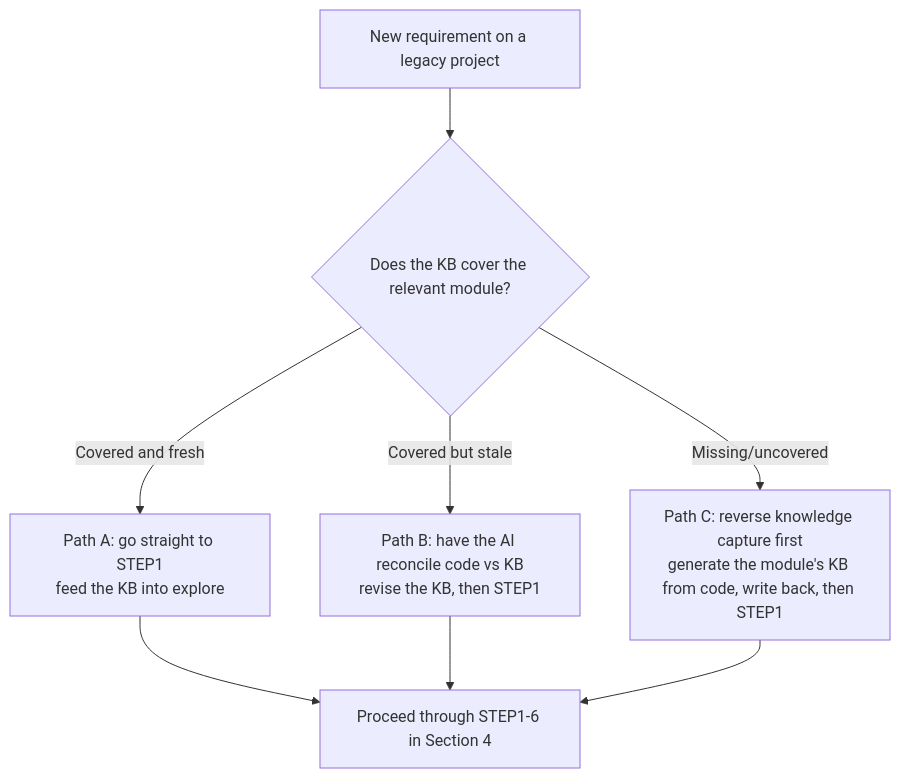
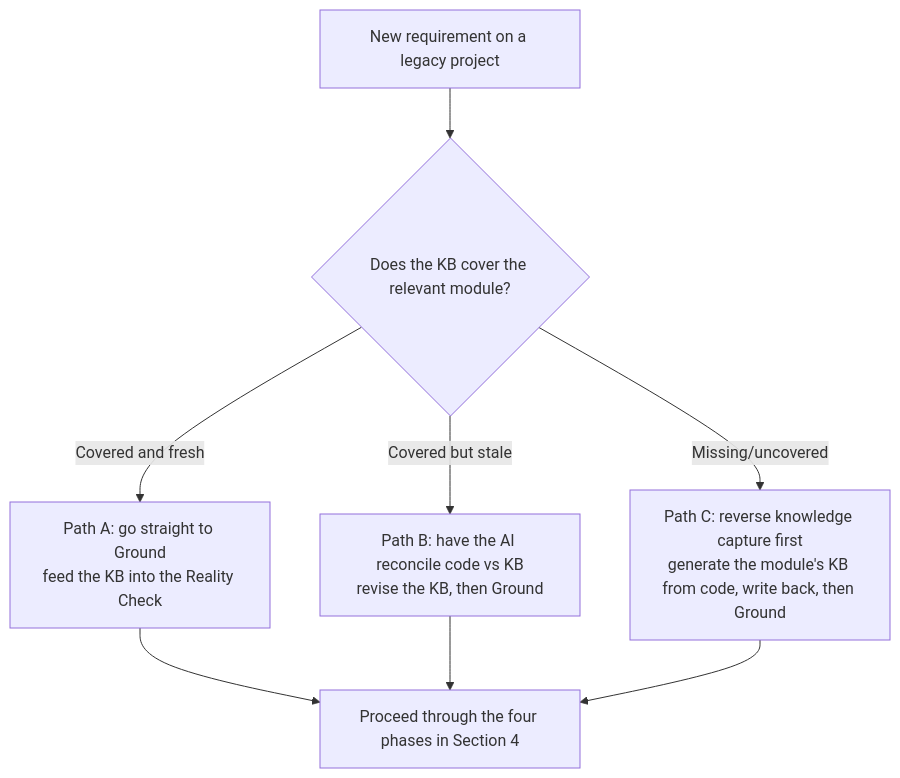
The diagram in docs/legacy.md (Apriorhythm/apriori-spec-development), drawn with Mermaid before and after one commit. The commit also changed other lines of this file and 66 other files, not shown here.

Commit message:
feat(v6): simplify change flow and review readiness

````diff
--- a/docs/legacy.md
+++ b/docs/legacy.md
@@ -20,10 +20,10 @@
 ```mermaid
 graph TD
     X[New requirement on a legacy project] --> Y{Does the KB cover the relevant module?}
-    Y -- Covered and fresh --> P1[Path A: go straight to STEP1<br/>feed the KB into explore]
-    Y -- Covered but stale --> P2[Path B: have the AI reconcile code vs KB<br/>revise the KB, then STEP1]
-    Y -- Missing/uncovered --> P3[Path C: reverse knowledge capture first<br/>generate the module's KB from code, write back, then STEP1]
-    P1 --> Z[Proceed through STEP1-6 in Section 4]
+    Y -- Covered and fresh --> P1[Path A: go straight to Ground<br/>feed the KB into the Reality Check]
+    Y -- Covered but stale --> P2[Path B: have the AI reconcile code vs KB<br/>revise the KB, then Ground]
+    Y -- Missing/uncovered --> P3[Path C: reverse knowledge capture first<br/>generate the module's KB from code, write back, then Ground]
+    P1 --> Z[Proceed through the four phases in Section 4]
     P2 --> Z
     P3 --> Z
 ```
````
